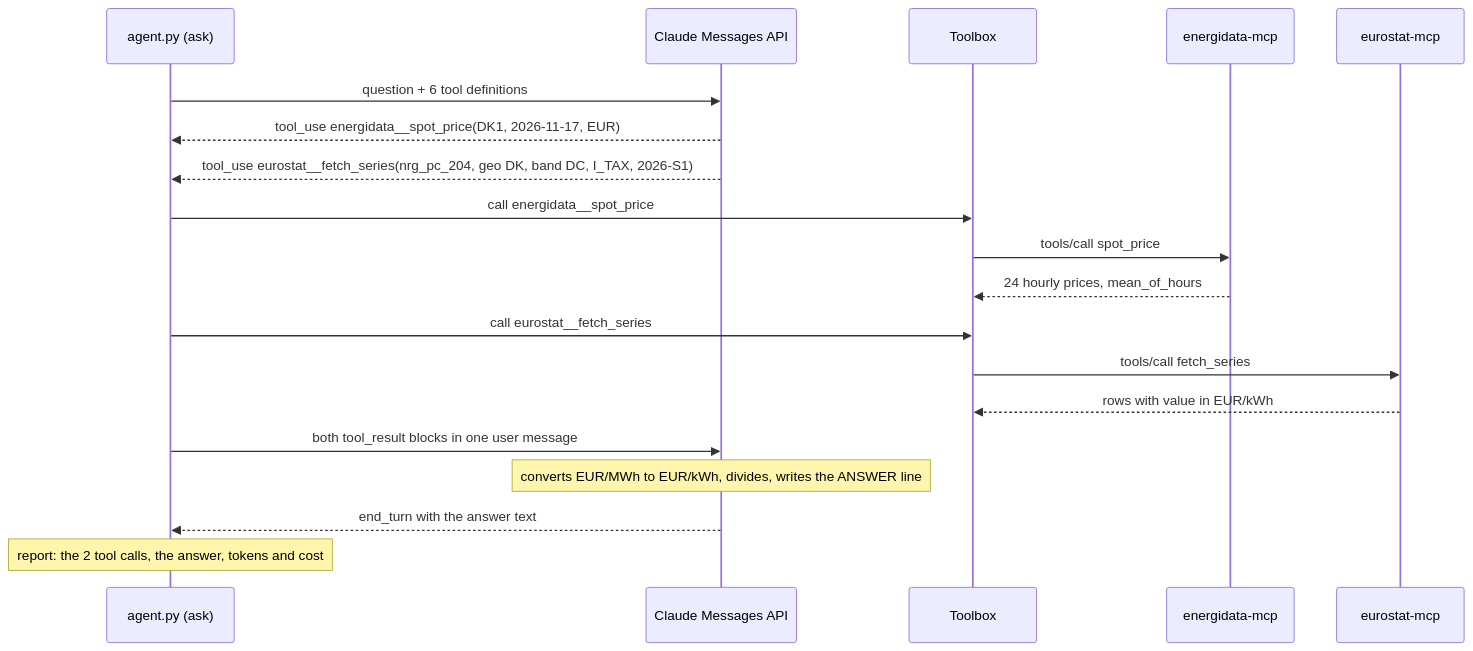
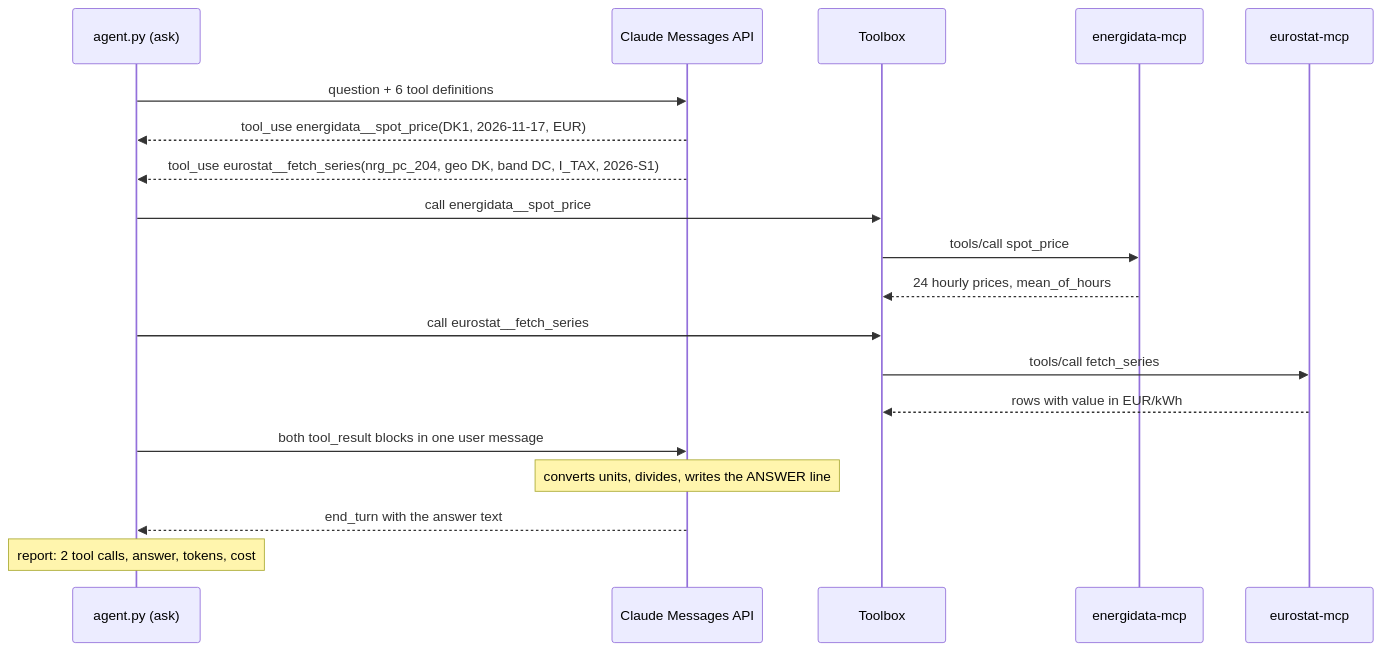
Before and after one commit to batutho-dot/sustainability-data-agent: the second of 3 diagrams in docs/architecture.md, drawn with Mermaid. The commit also changed other lines of this file and 2 other files, not shown here.

````diff
--- a/docs/architecture.md
+++ b/docs/architecture.md
@@ -58,22 +52,22 @@
 ```mermaid
 sequenceDiagram
     participant A as agent.py (ask)
     participant C as Claude Messages API
     participant T as Toolbox
     participant E as energidata-mcp
     participant S as eurostat-mcp
 
     A->>C: question + 6 tool definitions
     C-->>A: tool_use energidata__spot_price(DK1, 2026-11-17, EUR)
     C-->>A: tool_use eurostat__fetch_series(nrg_pc_204, geo DK, band DC, I_TAX, 2026-S1)
     A->>T: call energidata__spot_price
     T->>E: tools/call spot_price
     E-->>T: 24 hourly prices, mean_of_hours
     A->>T: call eurostat__fetch_series
     T->>S: tools/call fetch_series
     S-->>T: rows with value in EUR/kWh
     A->>C: both tool_result blocks in one user message
-    Note over C: converts EUR/MWh to EUR/kWh, divides, writes the ANSWER line
+    Note over C: converts units, divides, writes the ANSWER line
     C-->>A: end_turn with the answer text
-    Note over A: report: the 2 tool calls, the answer, tokens and cost
+    Note over A: report: 2 tool calls, answer, tokens, cost
 ```
````
